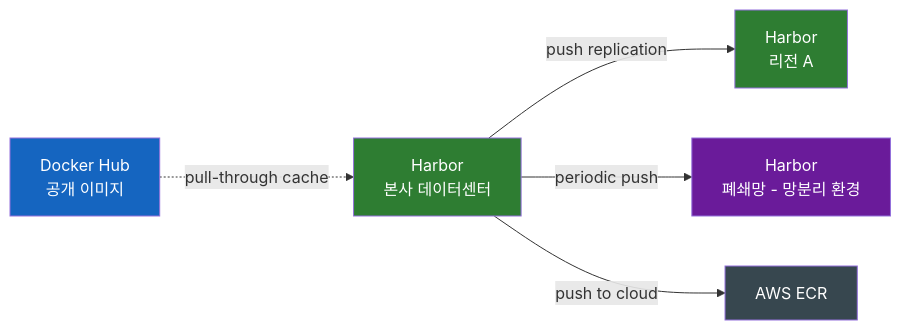
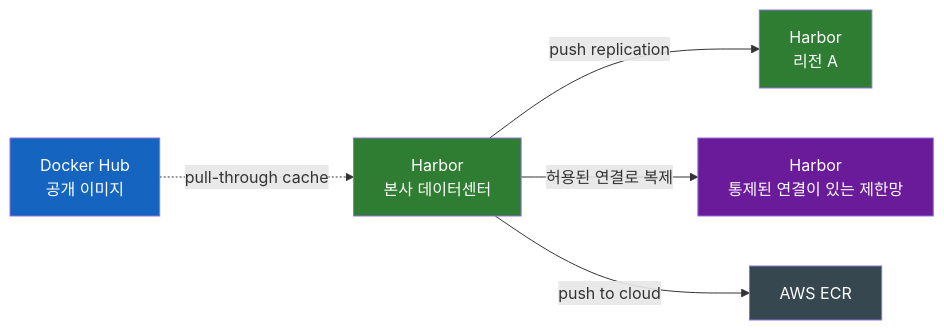
One commit to sskim91/TIL changed the second of 3 diagrams in kubernetes/Harbor-왜-회사들은-사내-컨테이너-레지스트리를-두는가.md. Above: the diagram before and after it, drawn with Mermaid. The commit also changed other lines of this file and 39 other files, not shown here.

````diff
--- a/kubernetes/Harbor-왜-회사들은-사내-컨테이너-레지스트리를-두는가.md
+++ b/kubernetes/Harbor-왜-회사들은-사내-컨테이너-레지스트리를-두는가.md
@@ -134,19 +120,19 @@
 ```mermaid
 flowchart LR
     Hub[Docker Hub<br>공개 이미지]
     Harbor1[Harbor<br>본사 데이터센터]
     Harbor2[Harbor<br>리전 A]
-    Harbor3[Harbor<br>폐쇄망 - 망분리 환경]
+    Harbor3[Harbor<br>통제된 연결이 있는 제한망]
     ECR[AWS ECR]
 
     Hub -.->|pull-through cache| Harbor1
     Harbor1 -->|push replication| Harbor2
-    Harbor1 -->|periodic push| Harbor3
+    Harbor1 -->|허용된 연결로 복제| Harbor3
     Harbor1 -->|push to cloud| ECR
 
     style Hub fill:#1565C0,color:#fff
     style Harbor1 fill:#2E7D32,color:#fff
     style Harbor2 fill:#2E7D32,color:#fff
     style Harbor3 fill:#6A1B9A,color:#fff
     style ECR fill:#37474F,color:#fff
 ```
````
